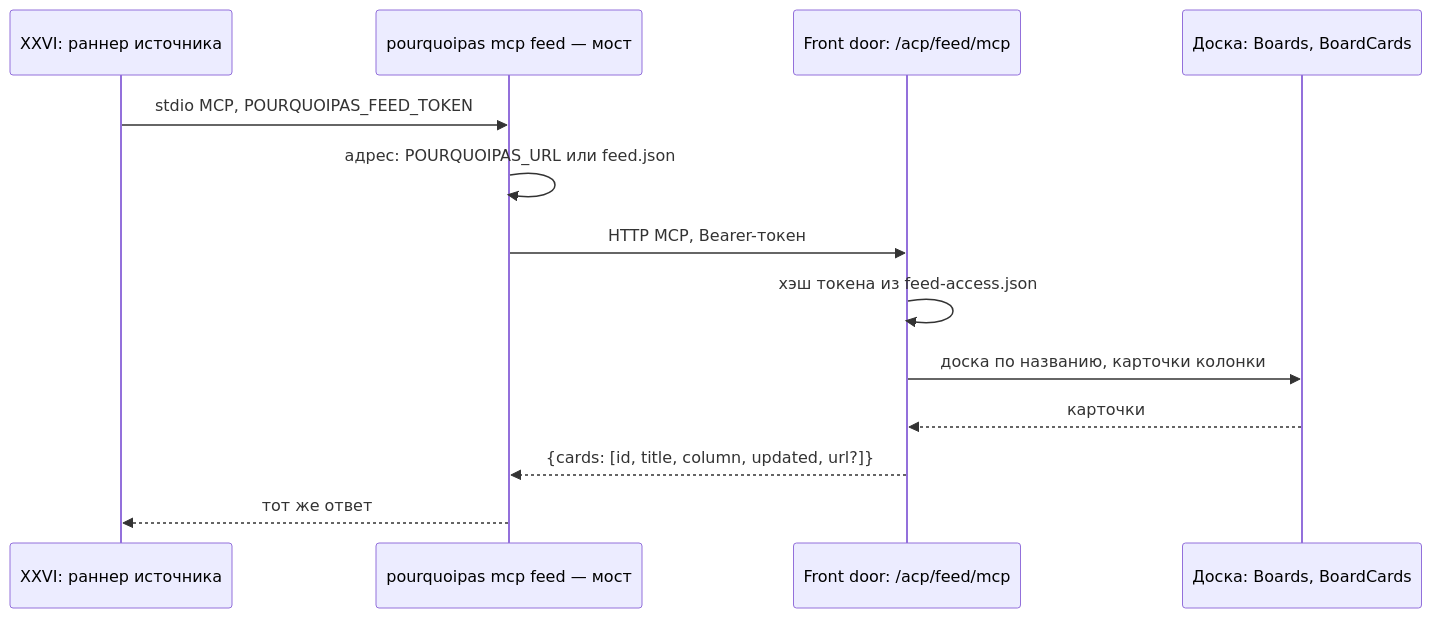
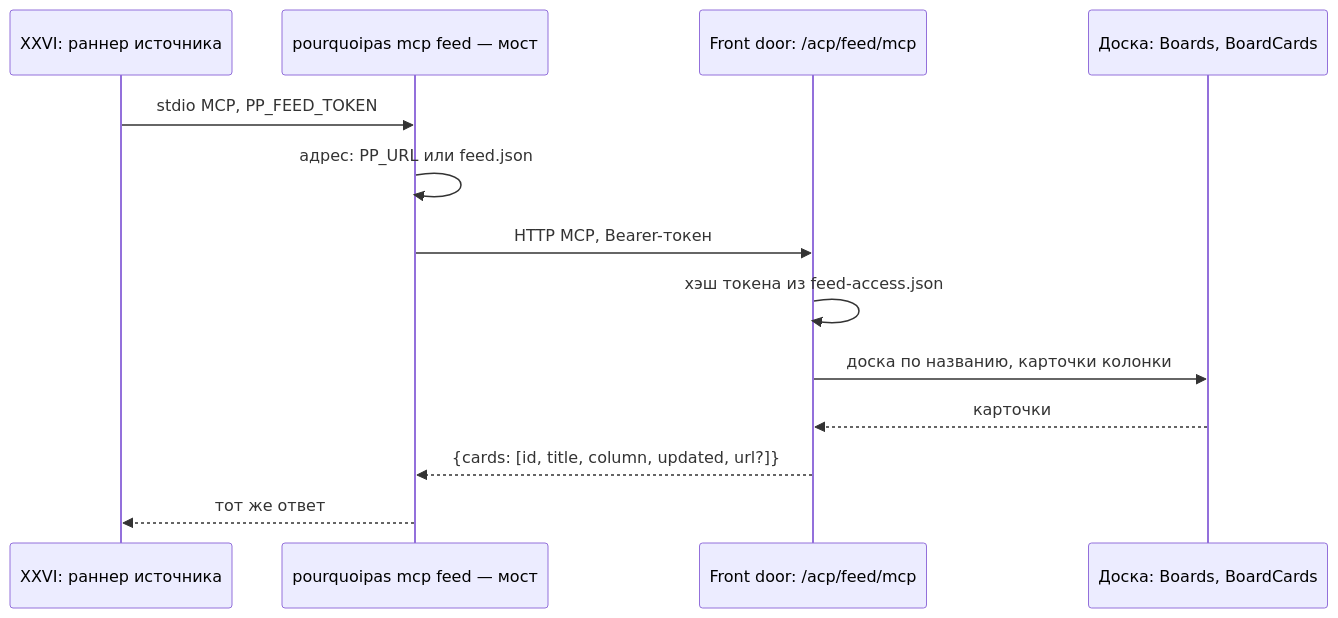
Diagram 12 of 12 in docs/sources.md (artipop/pourquoipas), drawn with Mermaid before and after one commit. The commit also changed other lines of this file and 160 other files, not shown here.

````diff
--- a/docs/sources.md
+++ b/docs/sources.md
@@ -1214,15 +1215,15 @@
 ```mermaid
 sequenceDiagram
     participant X as XXVI: раннер источника
     participant B as pourquoipas mcp feed — мост
     participant F as Front door: /acp/feed/mcp
     participant L as Доска: Boards, BoardCards
-    X->>B: stdio MCP, POURQUOIPAS_FEED_TOKEN
-    B->>B: адрес: POURQUOIPAS_URL или feed.json
+    X->>B: stdio MCP, PP_FEED_TOKEN
+    B->>B: адрес: PP_URL или feed.json
     B->>F: HTTP MCP, Bearer-токен
     F->>F: хэш токена из feed-access.json
     F->>L: доска по названию, карточки колонки
     L-->>F: карточки
     F-->>B: {cards: [id, title, column, updated, url?]}
     B-->>X: тот же ответ
 ```
````
